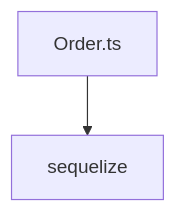
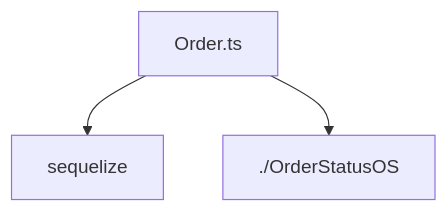
One commit to alcompstudio/studio-current changed the diagram in docs/components/lib/models/Order.md. Above: the diagram before and after it, drawn with Mermaid. The commit also changed 171 other files, not shown here.

````diff
--- a/docs/components/lib/models/Order.md
+++ b/docs/components/lib/models/Order.md
@@ -7,6 +7,8 @@
 ```mermaid
 flowchart TD
     Order_ts[Order.ts]
     sequelize[sequelize]
     Order_ts --> sequelize
+    OrderStatusOS[./OrderStatusOS]
+    Order_ts --> OrderStatusOS
 ```
````
